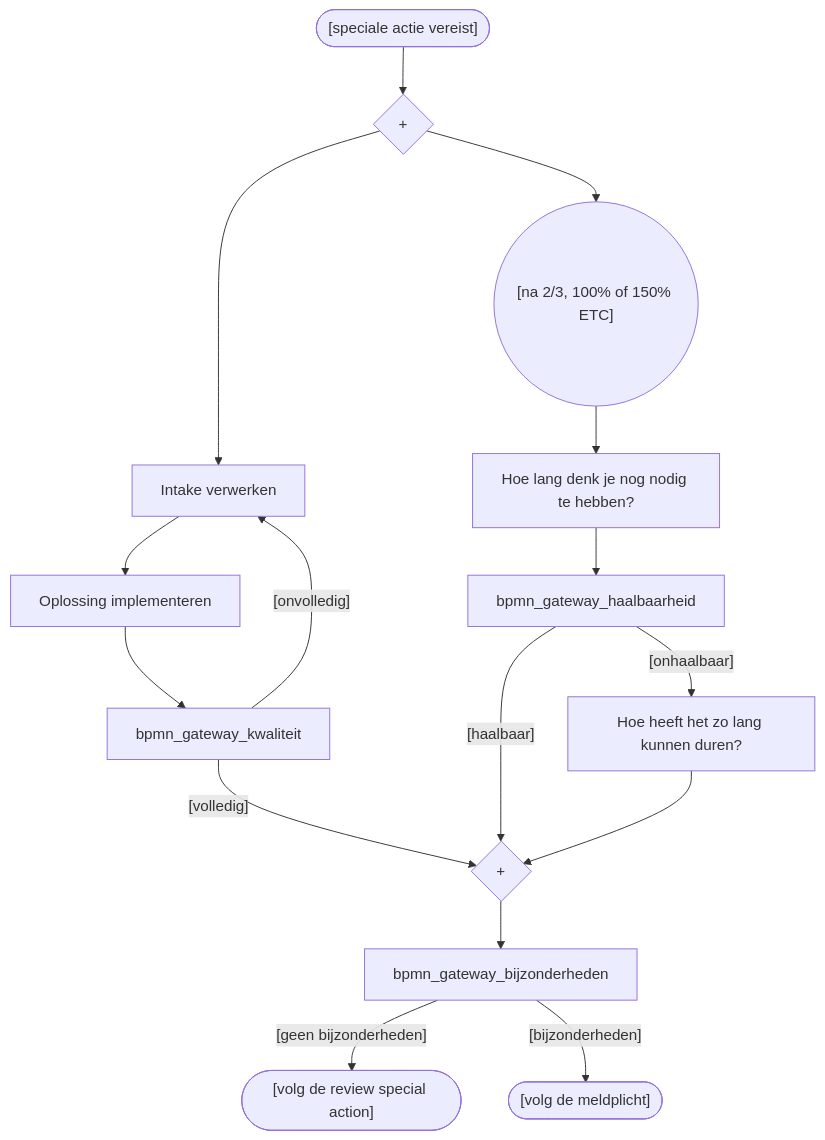
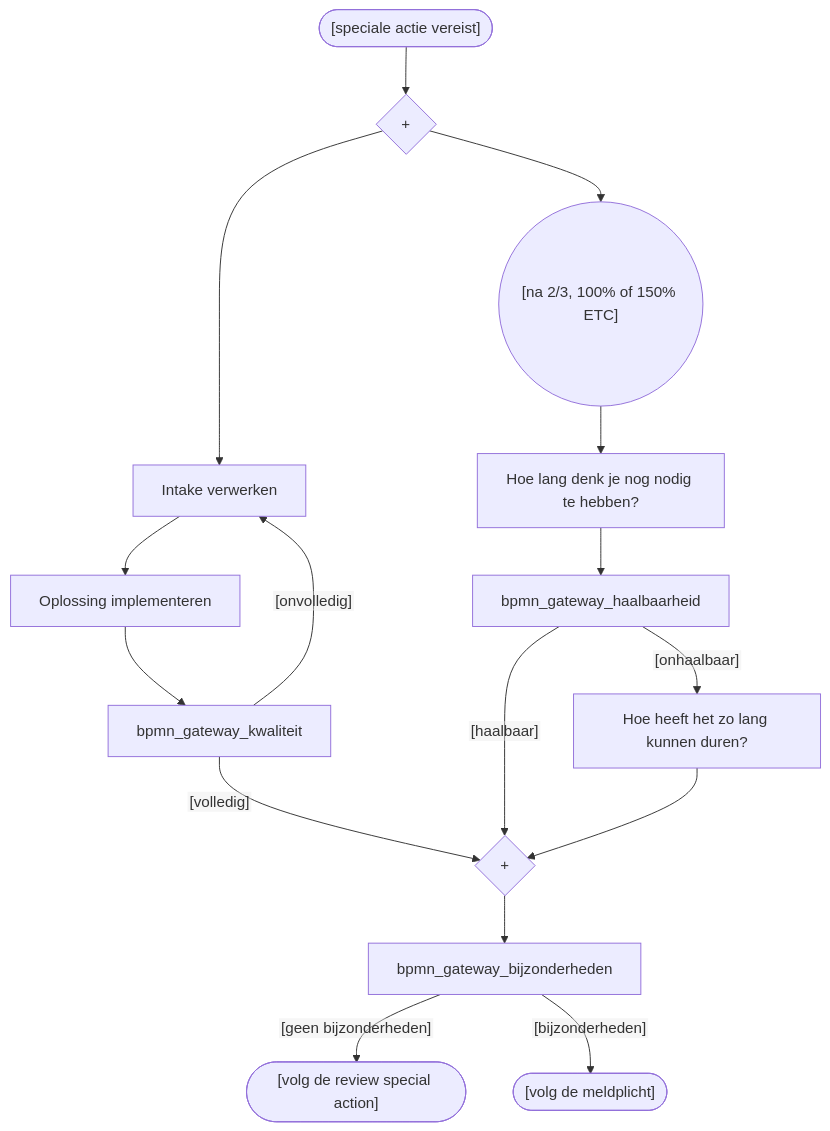
One commit to Zaibatsu89/IssueTracker changed the diagram in 11 Issue Tracker special action.mermaid. Above: the diagram before and after it, drawn with Mermaid. The commit also changed 13 other files, not shown here.

```diff
--- a/11 Issue Tracker special action.mermaid
+++ b/11 Issue Tracker special action.mermaid
@@ -1,26 +1,27 @@
+%%{init: {'theme': 'default', 'themeVariables': {'fontFamily': 'sans-serif'}, 'flowchart': {'htmlLabels': false}}}%%
 flowchart TD
     bpmn_start_event(["[speciale actie vereist]"])
     bpmn_gateway_fork{"+"}
     bpmn_task_intake["Intake verwerken"]
     bpmn_task_oplossing["Oplossing implementeren"]
     bpmn_event_etc(("[na 2/3, 100% of 150% ETC]"))
     bpmn_task_inschatting["Hoe lang denk je nog nodig te hebben?"]
     bpmn_task_verantwoording["Hoe heeft het zo lang kunnen duren?"]
     bpmn_gateway_join{"+"}
     bpmn_end_regulier(["[volg de review special action]"])
     bpmn_end_bijzonderheden(["[volg de meldplicht]"])
     bpmn_gateway_kwaliteit -->|"[onvolledig]"| bpmn_task_intake
     bpmn_gateway_kwaliteit -->|"[volledig]"| bpmn_gateway_join
     bpmn_gateway_haalbaarheid -->|"[haalbaar]"| bpmn_gateway_join
     bpmn_gateway_haalbaarheid -->|"[onhaalbaar]"| bpmn_task_verantwoording
     bpmn_gateway_bijzonderheden -->|"[geen bijzonderheden]"| bpmn_end_regulier
     bpmn_gateway_bijzonderheden -->|"[bijzonderheden]"| bpmn_end_bijzonderheden
     bpmn_start_event --> bpmn_gateway_fork
     bpmn_gateway_fork --> bpmn_task_intake
     bpmn_gateway_fork --> bpmn_event_etc
     bpmn_task_intake --> bpmn_task_oplossing
     bpmn_task_oplossing --> bpmn_gateway_kwaliteit
     bpmn_event_etc --> bpmn_task_inschatting
     bpmn_task_inschatting --> bpmn_gateway_haalbaarheid
     bpmn_task_verantwoording --> bpmn_gateway_join
     bpmn_gateway_join --> bpmn_gateway_bijzonderheden
```
